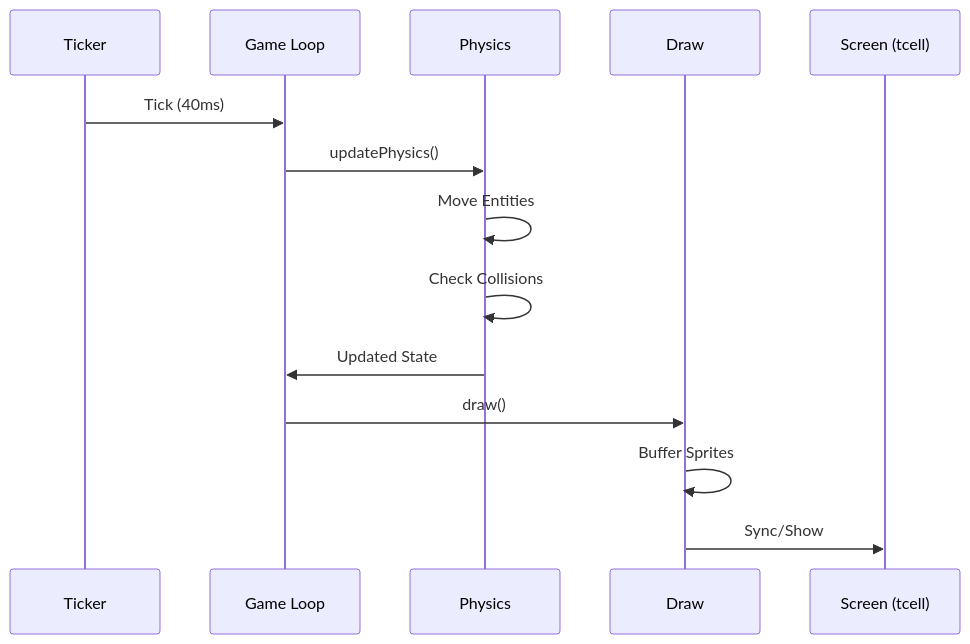
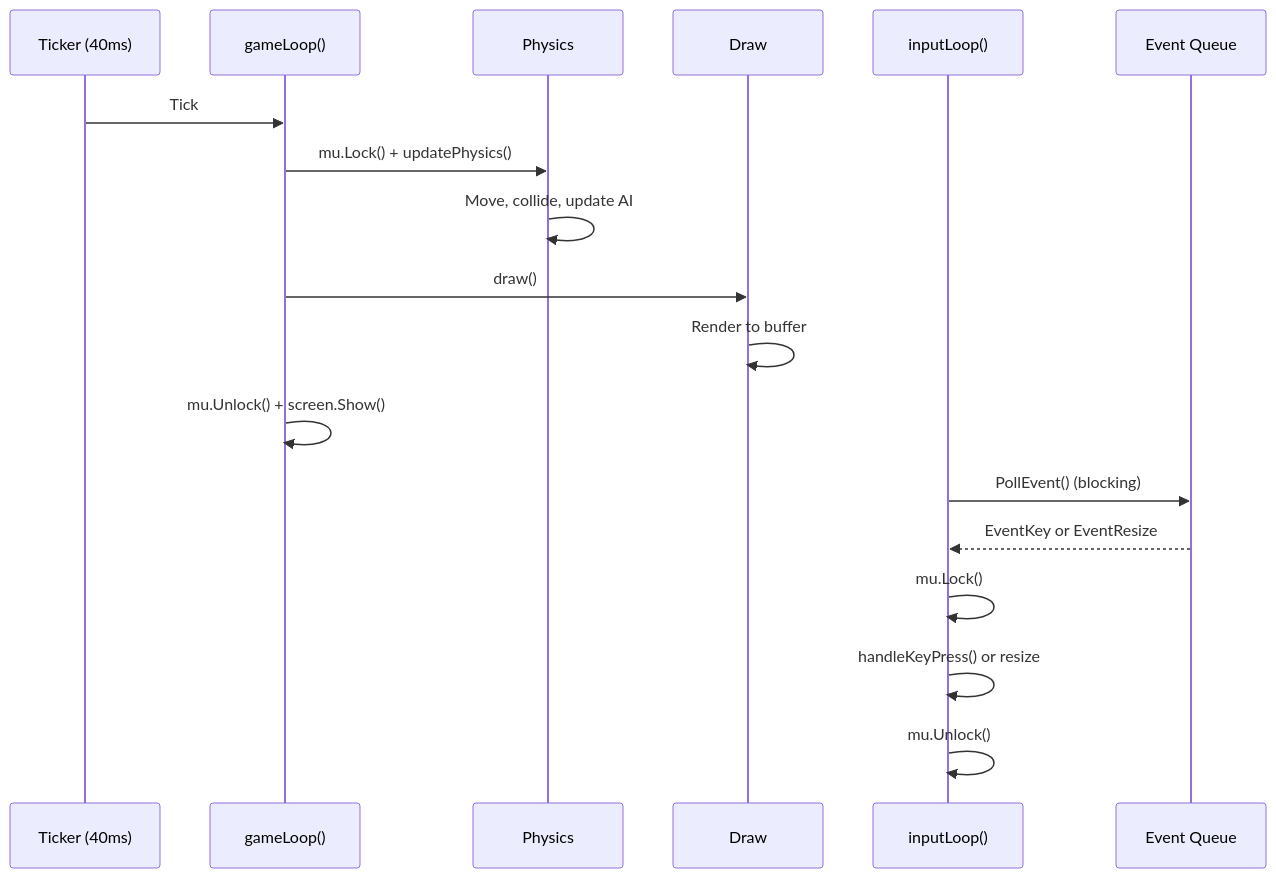
One commit to mdfranz/gobungle changed the second of 2 diagrams in IMPL.md. Above: the diagram before and after it, drawn with Mermaid. The commit also changed other lines of this file and 18 other files, not shown here.

````diff
--- a/IMPL.md
+++ b/IMPL.md
@@ -70,17 +142,22 @@
 ```mermaid
 sequenceDiagram
-    participant T as Ticker
-    participant G as Game Loop
+    participant T as Ticker (40ms)
+    participant G as gameLoop()
     participant P as Physics
     participant D as Draw
-    participant S as Screen (tcell)
+    participant I as inputLoop()
+    participant E as Event Queue
 
-    T->>G: Tick (40ms)
-    G->>P: updatePhysics()
-    P->>P: Move Entities
-    P->>P: Check Collisions
-    P->>G: Updated State
+    T->>G: Tick
+    G->>P: mu.Lock() + updatePhysics()
+    P->>P: Move, collide, update AI
     G->>D: draw()
-    D->>D: Buffer Sprites
-    D->>S: Sync/Show
+    D->>D: Render to buffer
+    G->>G: mu.Unlock() + screen.Show()
+
+    I->>E: PollEvent() (blocking)
+    E-->>I: EventKey or EventResize
+    I->>I: mu.Lock()
+    I->>I: handleKeyPress() or resize
+    I->>I: mu.Unlock()
 ```
````
